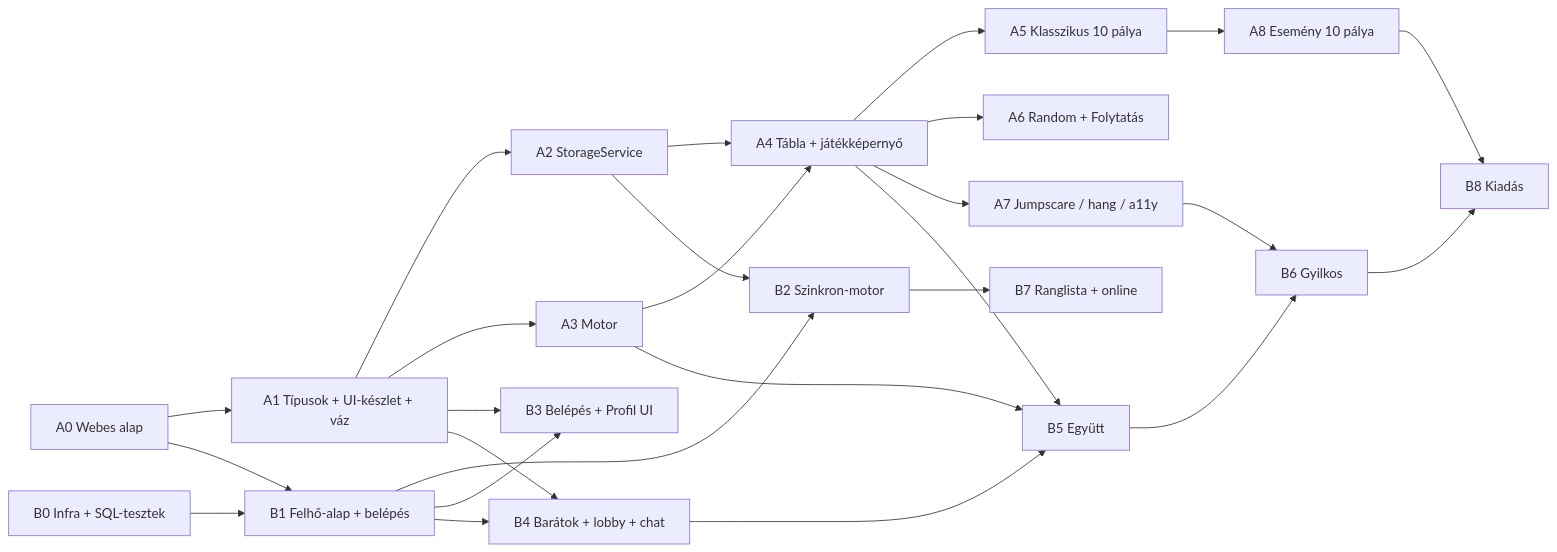
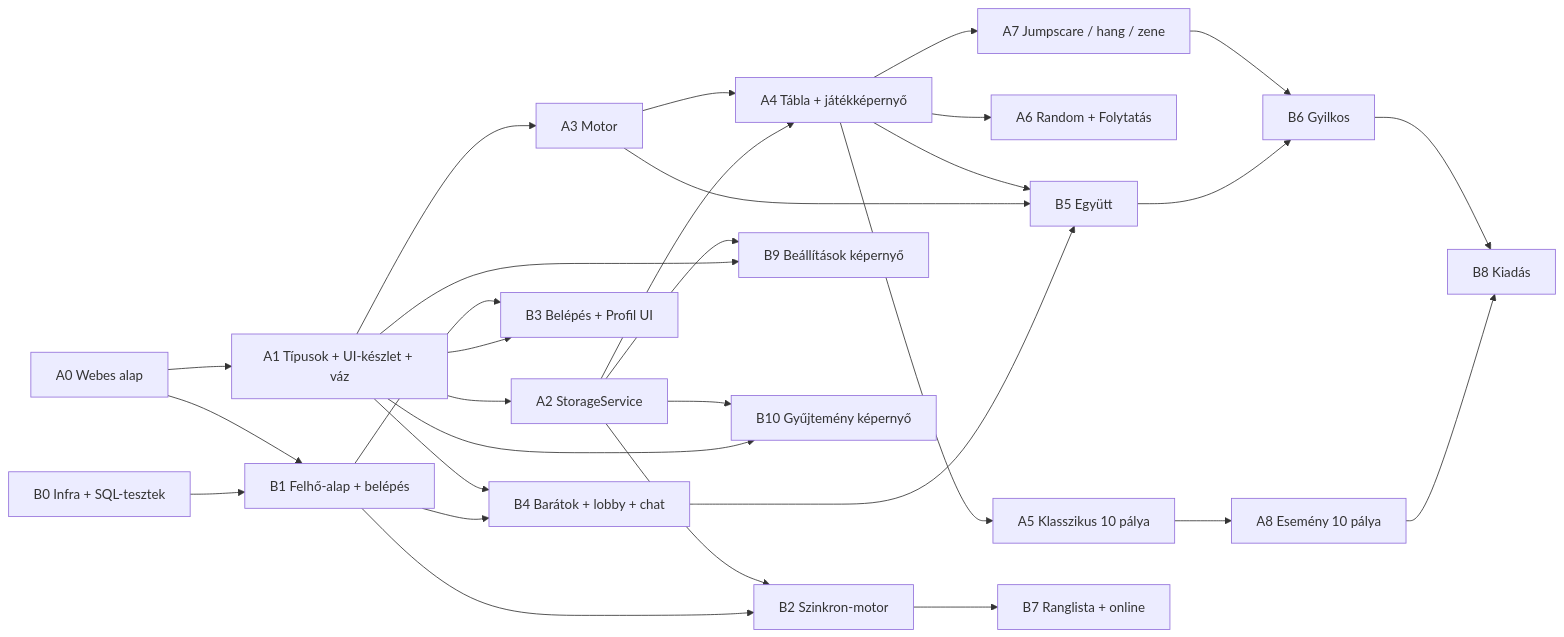
Before and after one commit to CsikSzabi04/horrordoku: the diagram in docs/AI_SPLIT.md, drawn with Mermaid. The commit also changed other lines of this file and 15 other files, not shown here.

````diff
--- a/docs/AI_SPLIT.md
+++ b/docs/AI_SPLIT.md
@@ -65,28 +71,32 @@
 ```mermaid
 flowchart LR
   A0[A0 Webes alap] --> A1[A1 Típusok + UI-készlet + váz]
   A1 --> A2[A2 StorageService]
   A1 --> A3[A3 Motor]
   A2 --> A4[A4 Tábla + játékképernyő]
   A3 --> A4
   A4 --> A5[A5 Klasszikus 10 pálya]
   A4 --> A6[A6 Random + Folytatás]
-  A4 --> A7[A7 Jumpscare / hang / a11y]
+  A4 --> A7[A7 Jumpscare / hang / zene]
   A5 --> A8[A8 Esemény 10 pálya]
   B0[B0 Infra + SQL-tesztek] --> B1[B1 Felhő-alap + belépés]
   A0 --> B1
   B1 --> B2[B2 Szinkron-motor]
   A2 --> B2
   A1 --> B3[B3 Belépés + Profil UI]
   B1 --> B3
   B1 --> B4[B4 Barátok + lobby + chat]
   A1 --> B4
   B4 --> B5[B5 Együtt]
   A3 --> B5
   A4 --> B5
   B5 --> B6[B6 Gyilkos]
   A7 --> B6
   B2 --> B7[B7 Ranglista + online]
   A8 --> B8[B8 Kiadás]
+  A1 --> B9[B9 Beállítások képernyő]
+  A2 --> B9
+  A1 --> B10[B10 Gyűjtemény képernyő]
+  A2 --> B10
   B6 --> B8
 ```
````
